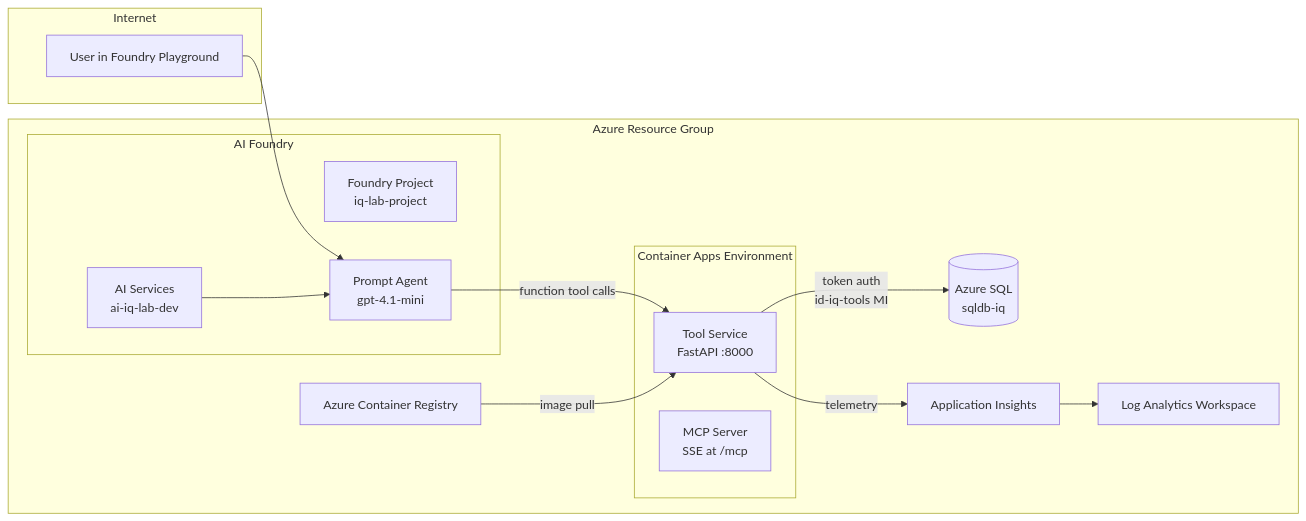
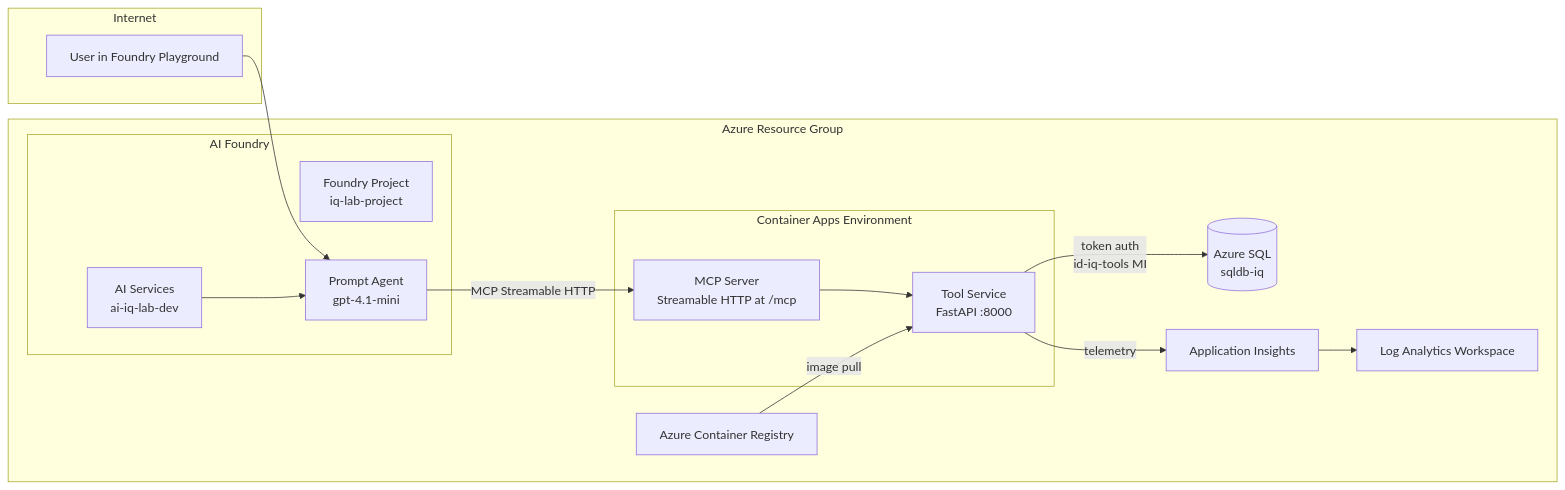
The first of 5 diagrams in docs/architecture.md (aionic/IQ-Workshop), drawn with Mermaid before and after one commit. The commit also changed other lines of this file and 32 other files, not shown here.

````diff
--- a/docs/architecture.md
+++ b/docs/architecture.md
@@ -37,30 +39,31 @@
 ```mermaid
 flowchart LR
   subgraph Internet
     U[User in Foundry Playground]
   end
 
   subgraph Azure["Azure Resource Group"]
     subgraph Foundry["AI Foundry"]
       AIS[AI Services<br/>ai-iq-lab-dev]
       PROJ[Foundry Project<br/>iq-lab-project]
       PA[Prompt Agent<br/>gpt-4.1-mini]
     end
     subgraph CAE["Container Apps Environment"]
       CA[Tool Service<br/>FastAPI :8000]
-      MCP[MCP Server<br/>SSE at /mcp]
+      MCP[MCP Server<br/>Streamable HTTP at /mcp]
     end
     SQL[(Azure SQL<br/>sqldb-iq)]
     ACR[Azure Container Registry]
     AI[Application Insights]
     LA[Log Analytics Workspace]
   end
 
   U --> PA
   AIS --> PA
-  PA -->|function tool calls| CA
+  PA -->|MCP Streamable HTTP| MCP
+  MCP --> CA
   CA -->|token auth<br/>id-iq-tools MI| SQL
   CA -->|telemetry| AI
   AI --> LA
   ACR -->|image pull| CA
 ```
````
